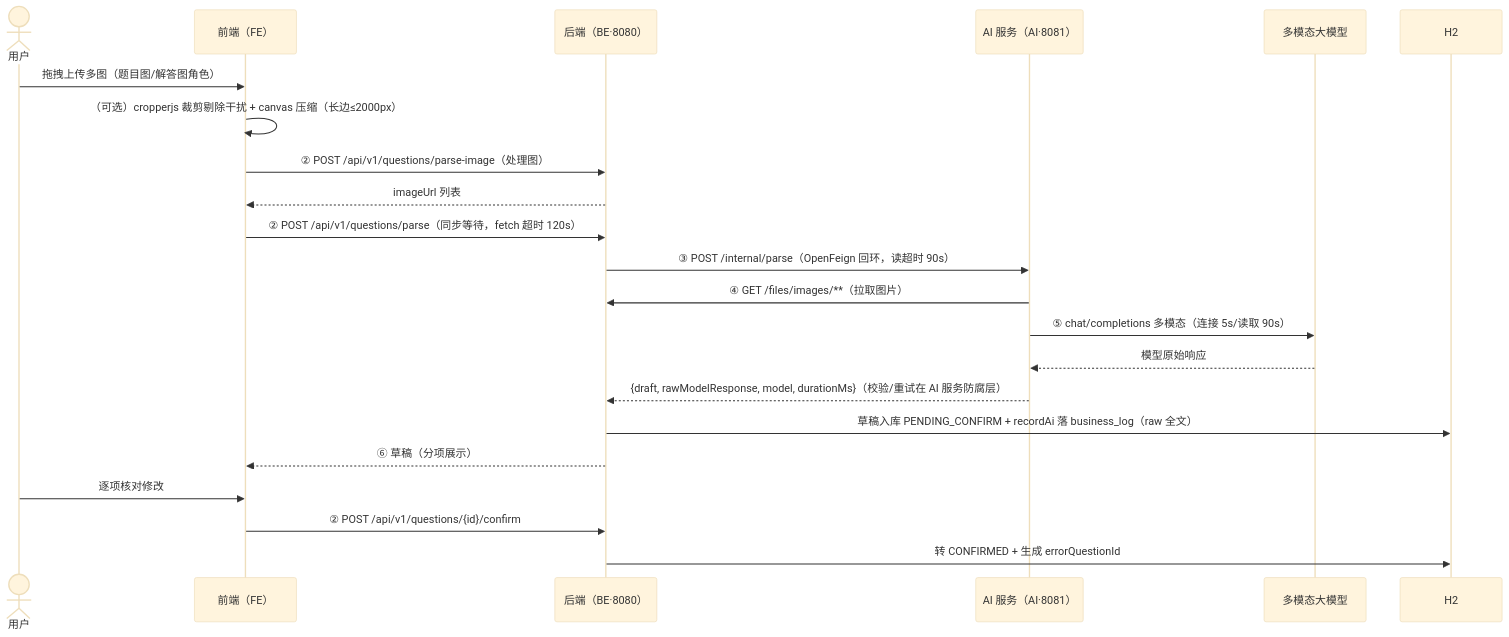
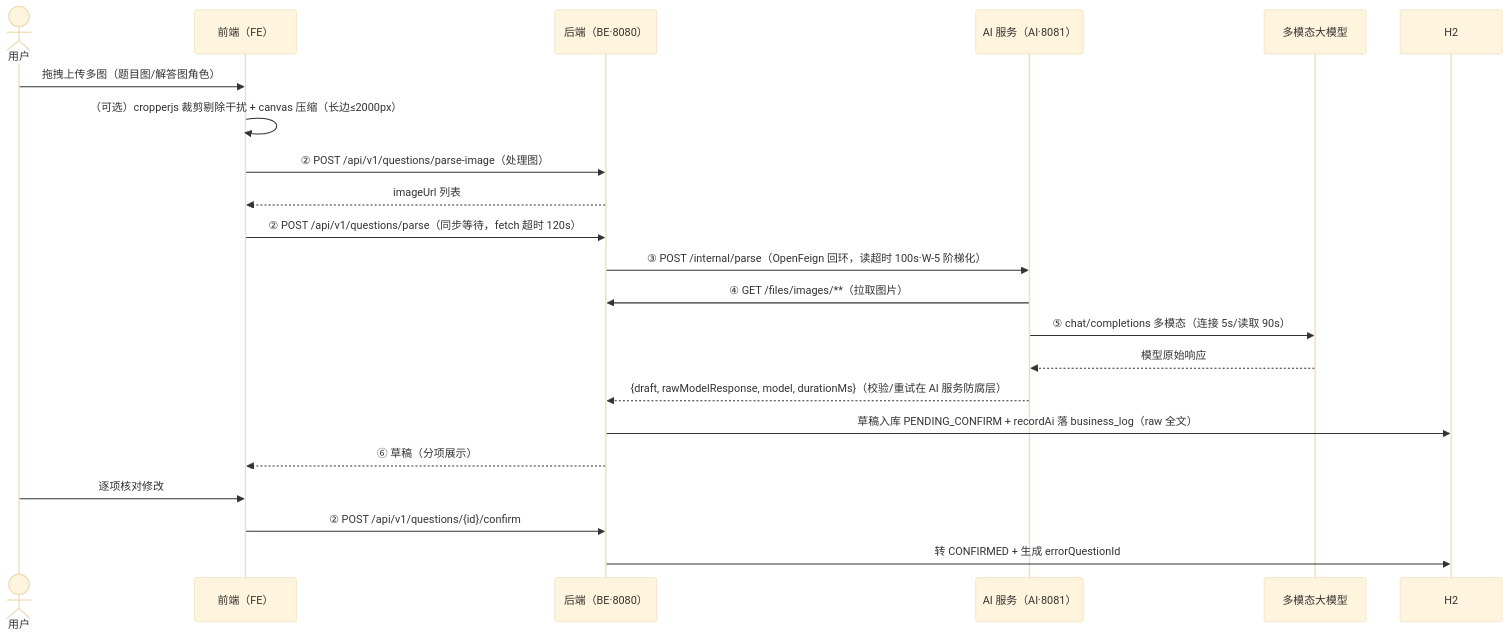
The third of 3 diagrams in spec/architecture.md (chandler4/pro_error_notebook), drawn with Mermaid (base theme) before and after one commit. The commit also changed other lines of this file and 4 other files, not shown here.

````diff
--- a/spec/architecture.md
+++ b/spec/architecture.md
@@ -250,25 +251,25 @@
 ```mermaid
 sequenceDiagram
     actor U as 用户
     participant F as 前端（FE）
     participant B as 后端（BE·8080）
     participant S as AI 服务（AI·8081）
     participant A as 多模态大模型
     participant D as H2
 
     U->>F: 拖拽上传多图（题目图/解答图角色）
     F->>F: （可选）cropperjs 裁剪剔除干扰 + canvas 压缩（长边≤2000px）
     F->>B: ② POST /api/v1/questions/parse-image（处理图）
     B-->>F: imageUrl 列表
     F->>B: ② POST /api/v1/questions/parse（同步等待，fetch 超时 120s）
-    B->>S: ③ POST /internal/parse（OpenFeign 回环，读超时 90s）
+    B->>S: ③ POST /internal/parse（OpenFeign 回环，读超时 100s·W-5 阶梯化）
     S->>B: ④ GET /files/images/**（拉取图片）
     S->>A: ⑤ chat/completions 多模态（连接 5s/读取 90s）
     A-->>S: 模型原始响应
     S-->>B: {draft, rawModelResponse, model, durationMs}（校验/重试在 AI 服务防腐层）
     B->>D: 草稿入库 PENDING_CONFIRM + recordAi 落 business_log（raw 全文）
     B-->>F: ⑥ 草稿（分项展示）
     U->>F: 逐项核对修改
     F->>B: ② POST /api/v1/questions/{id}/confirm
     B->>D: 转 CONFIRMED + 生成 errorQuestionId
 ```
````
